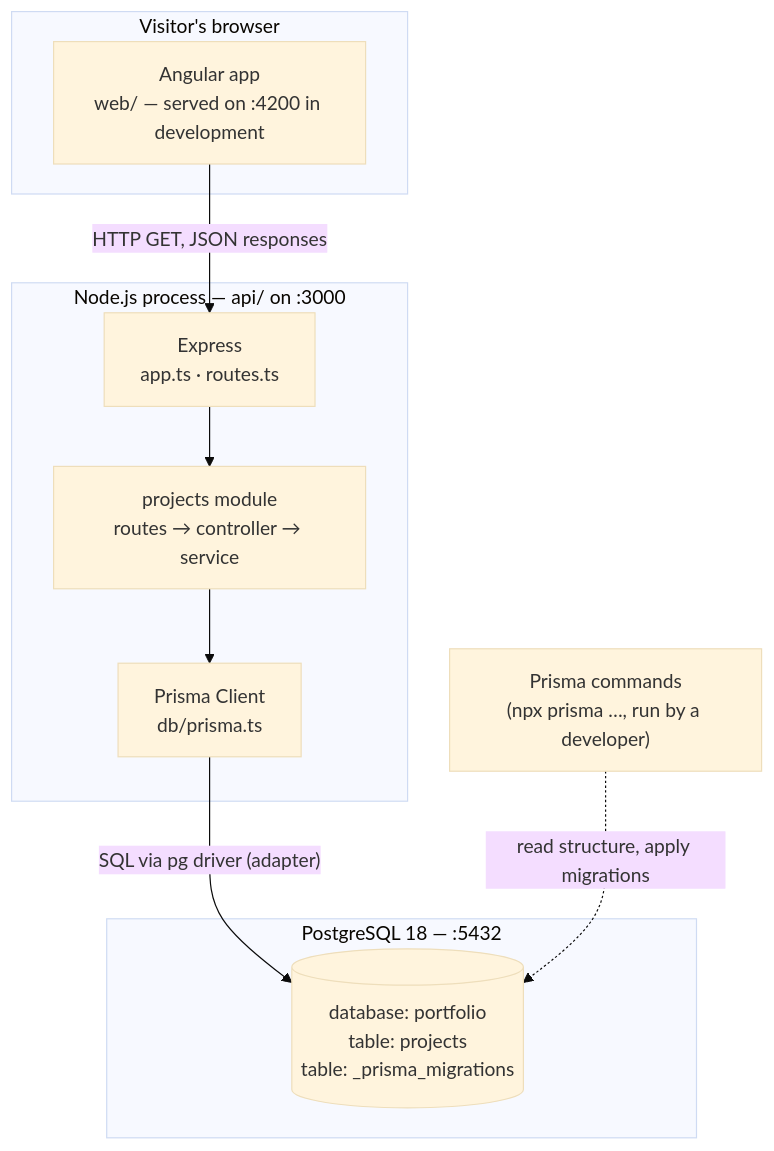
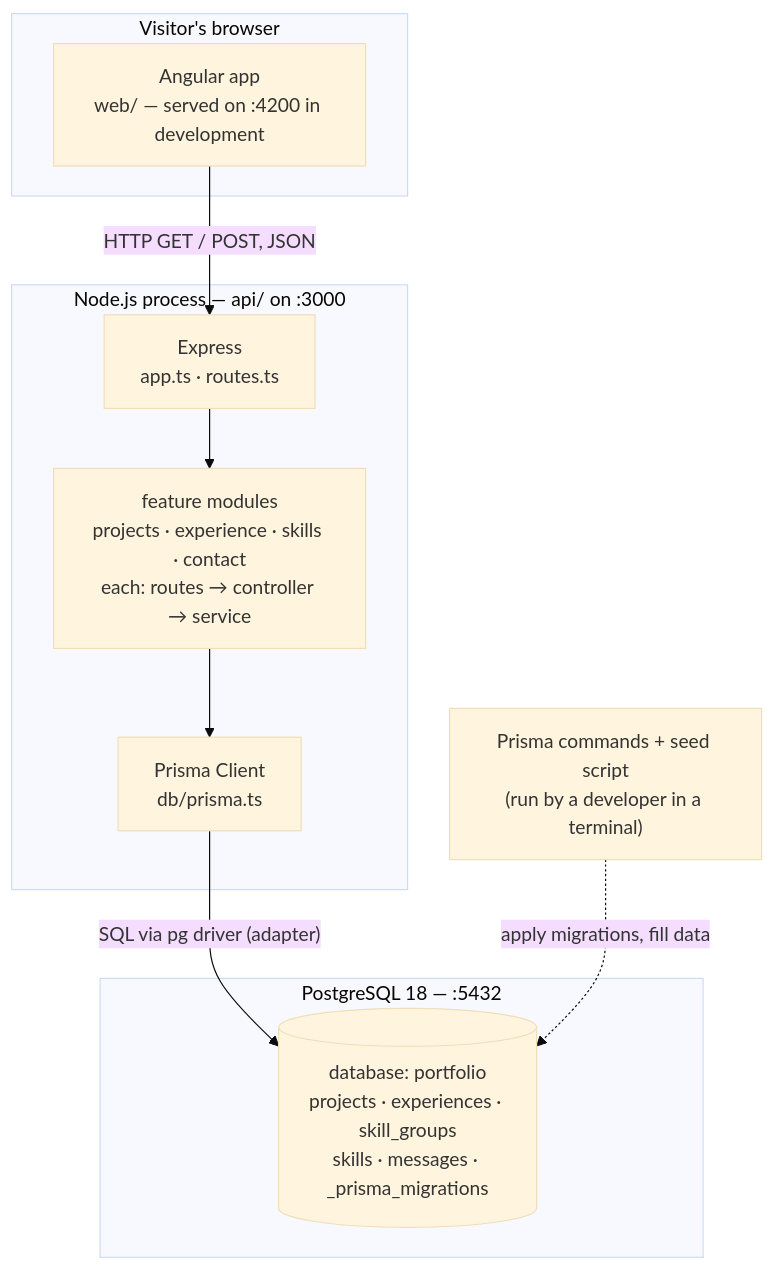
Before and after one commit to mdevaangini/portfolio: the first of 2 diagrams in docs/02-system-architecture.md, drawn with Mermaid (base theme). The commit also changed other lines of this file and 32 other files, not shown here.

````diff
--- a/docs/02-system-architecture.md
+++ b/docs/02-system-architecture.md
@@ -11,18 +11,18 @@
 ```mermaid
 flowchart TB
     subgraph Browser["Visitor's browser"]
         NG["Angular app<br/>web/ — served on :4200 in development"]
     end
     subgraph Server["Node.js process — api/ on :3000"]
         EX["Express<br/>app.ts · routes.ts"]
-        MOD["projects module<br/>routes → controller → service"]
+        MOD["feature modules<br/>projects · experience · skills · contact<br/>each: routes → controller → service"]
         PR["Prisma Client<br/>db/prisma.ts"]
         EX --> MOD --> PR
     end
     subgraph DBS["PostgreSQL 18 — :5432"]
-        T[("database: portfolio<br/>table: projects<br/>table: _prisma_migrations")]
+        T[("database: portfolio<br/>projects · experiences · skill_groups<br/>skills · messages · _prisma_migrations")]
     end
-    NG -- "HTTP GET, JSON responses" --> EX
+    NG -- "HTTP GET / POST, JSON" --> EX
     PR -- "SQL via pg driver (adapter)" --> T
-    CLI["Prisma commands<br/>(npx prisma …, run by a developer)"] -. "read structure, apply migrations" .-> T
+    CLI["Prisma commands + seed script<br/>(run by a developer in a terminal)"] -. "apply migrations, fill data" .-> T
 ```
````
